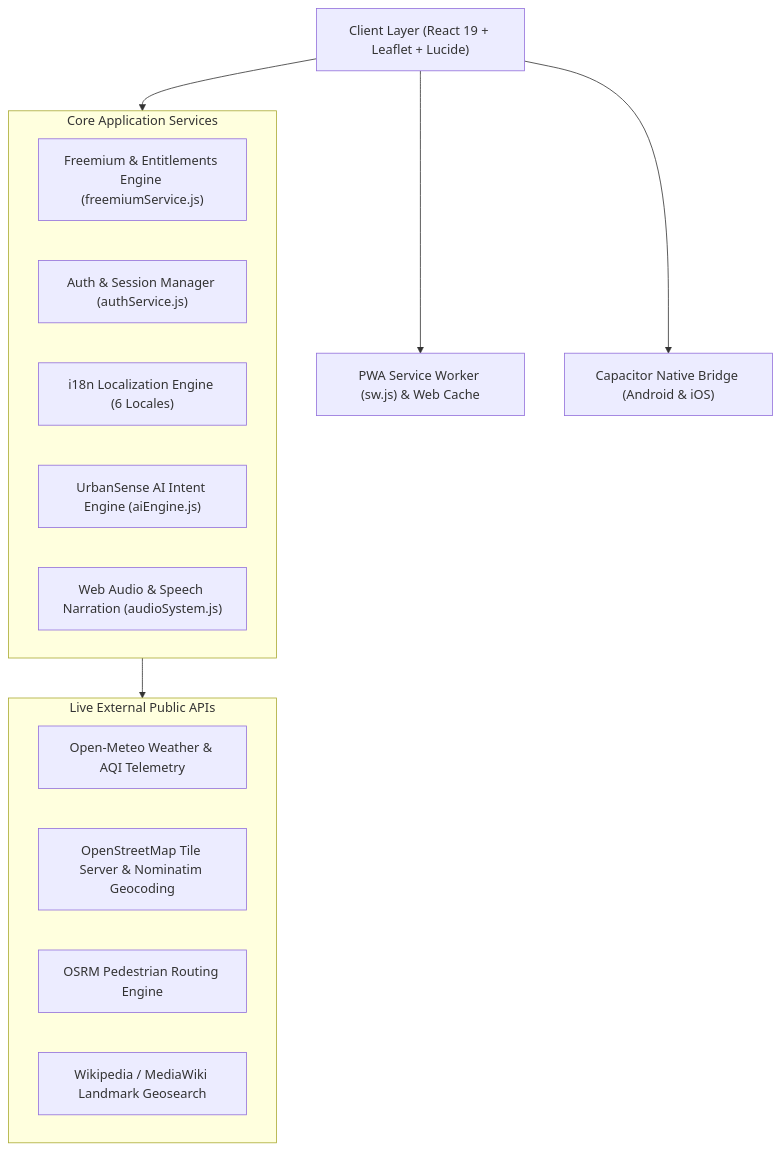
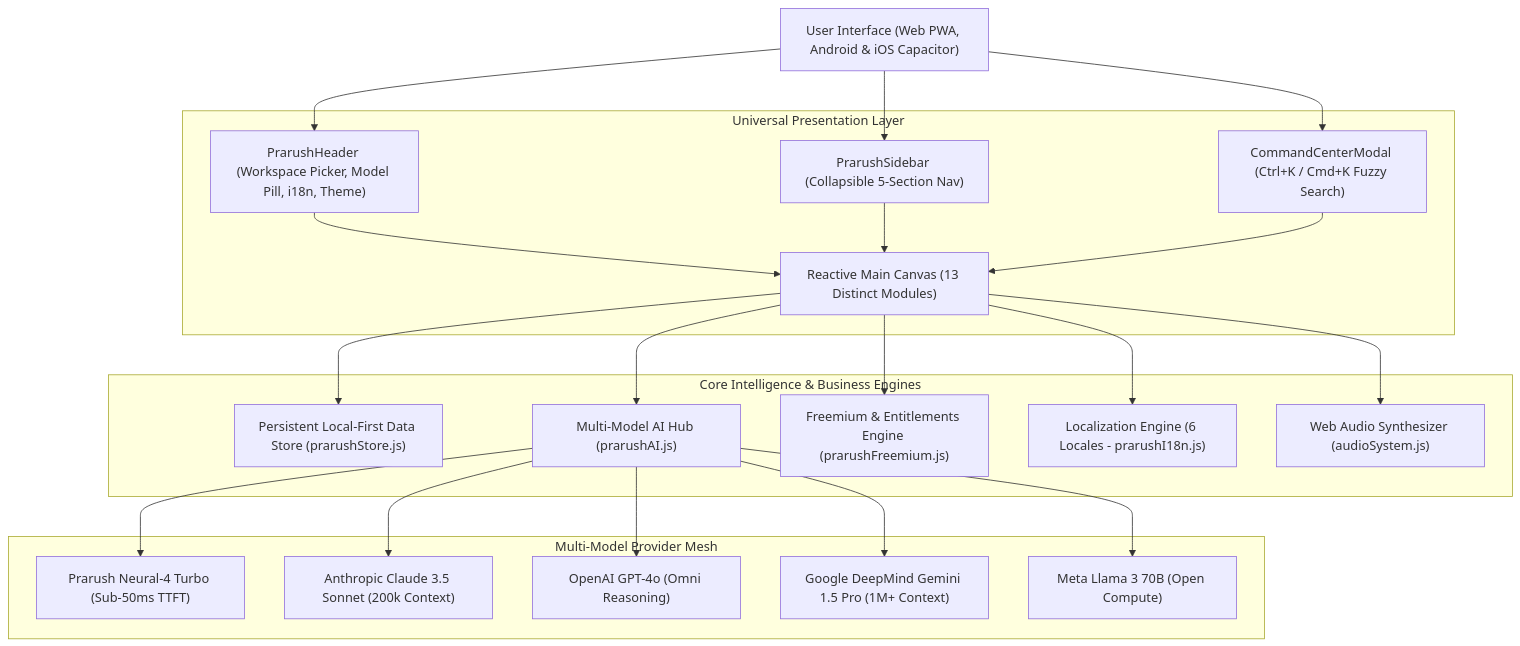
Before and after one commit to Pratham4908/Prarush: the diagram in README.md, drawn with Mermaid. The commit also changed other lines of this file and 28 other files, not shown here.

Commit message:
feat: complete Prarush Universal AI-Powered Digital Platform v2.0

````diff
--- a/README.md
+++ b/README.md
@@ -39,26 +43,46 @@
 ```mermaid
 graph TD
-    Client["Client Layer (React 19 + Leaflet + Lucide)"]
-    PWA["PWA Service Worker (sw.js) & Web Cache"]
-    Cap["Capacitor Native Bridge (Android & iOS)"]
+    User["User Interface (Web PWA, Android & iOS Capacitor)"]
 
-    subgraph CoreServices ["Core Application Services"]
-        Freemium["Freemium & Entitlements Engine (freemiumService.js)"]
-        Auth["Auth & Session Manager (authService.js)"]
-        i18n["i18n Localization Engine (6 Locales)"]
-        AI["UrbanSense AI Intent Engine (aiEngine.js)"]
-        Audio["Web Audio & Speech Narration (audioSystem.js)"]
+    subgraph Presentation ["Universal Presentation Layer"]
+        Header["PrarushHeader (Workspace Picker, Model Pill, i18n, Theme)"]
+        Sidebar["PrarushSidebar (Collapsible 5-Section Nav)"]
+        CommandPalette["CommandCenterModal (Ctrl+K / Cmd+K Fuzzy Search)"]
+        Canvas["Reactive Main Canvas (13 Distinct Modules)"]
     end
 
-    subgraph ExternalAPIs ["Live External Public APIs"]
-        Meteo["Open-Meteo Weather & AQI Telemetry"]
-        OSM["OpenStreetMap Tile Server & Nominatim Geocoding"]
-        OSRM["OSRM Pedestrian Routing Engine"]
-        Wiki["Wikipedia / MediaWiki Landmark Geosearch"]
+    subgraph Engines ["Core Intelligence & Business Engines"]
+        Store["Persistent Local-First Data Store (prarushStore.js)"]
+        AIHub["Multi-Model AI Hub (prarushAI.js)"]
+        Freemium["Freemium & Entitlements Engine (prarushFreemium.js)"]
+        i18n["Localization Engine (6 Locales - prarushI18n.js)"]
+        Audio["Web Audio Synthesizer (audioSystem.js)"]
     end
 
-    Client --> PWA
-    Client --> Cap
-    Client --> CoreServices
-    CoreServices --> ExternalAPIs
+    subgraph AIProviders ["Multi-Model Provider Mesh"]
+        Neural4["Prarush Neural-4 Turbo (Sub-50ms TTFT)"]
+        Claude["Anthropic Claude 3.5 Sonnet (200k Context)"]
+        GPT4o["OpenAI GPT-4o (Omni Reasoning)"]
+        Gemini["Google DeepMind Gemini 1.5 Pro (1M+ Context)"]
+        Llama["Meta Llama 3 70B (Open Compute)"]
+    end
+
+    User --> Header
+    User --> Sidebar
+    User --> CommandPalette
+    Header --> Canvas
+    Sidebar --> Canvas
+    CommandPalette --> Canvas
+
+    Canvas --> Store
+    Canvas --> AIHub
+    Canvas --> Freemium
+    Canvas --> i18n
+    Canvas --> Audio
+
+    AIHub --> Neural4
+    AIHub --> Claude
+    AIHub --> GPT4o
+    AIHub --> Gemini
+    AIHub --> Llama
 ```
````
